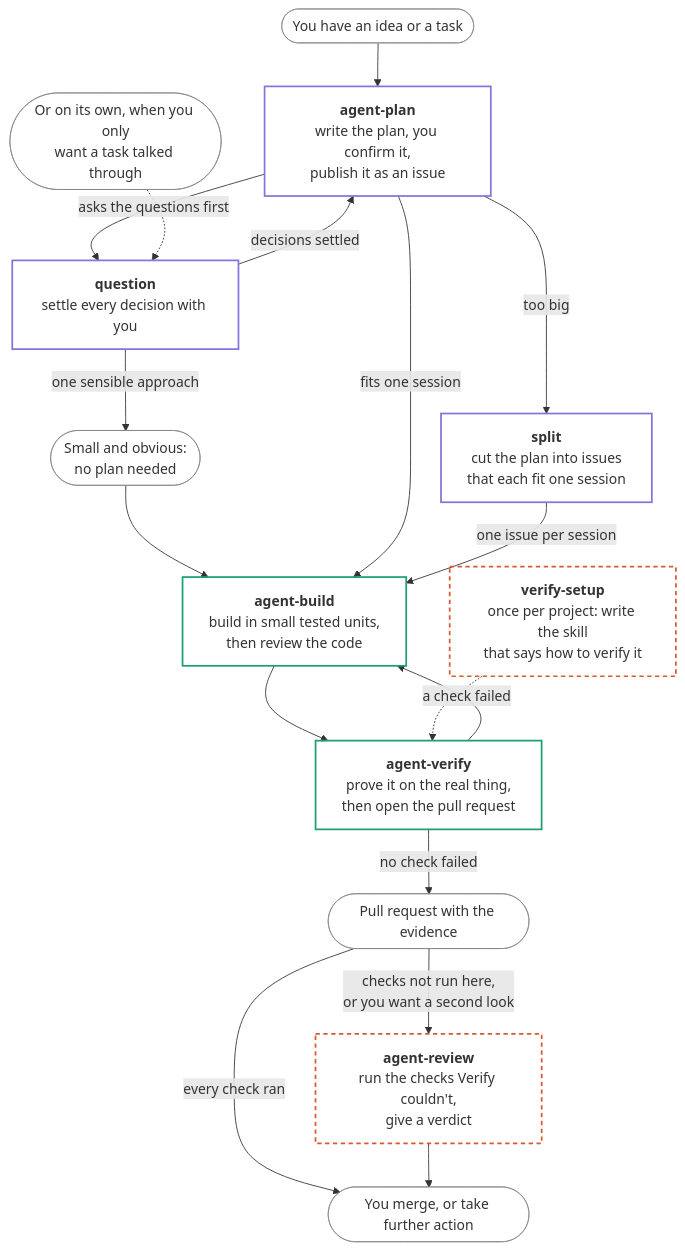
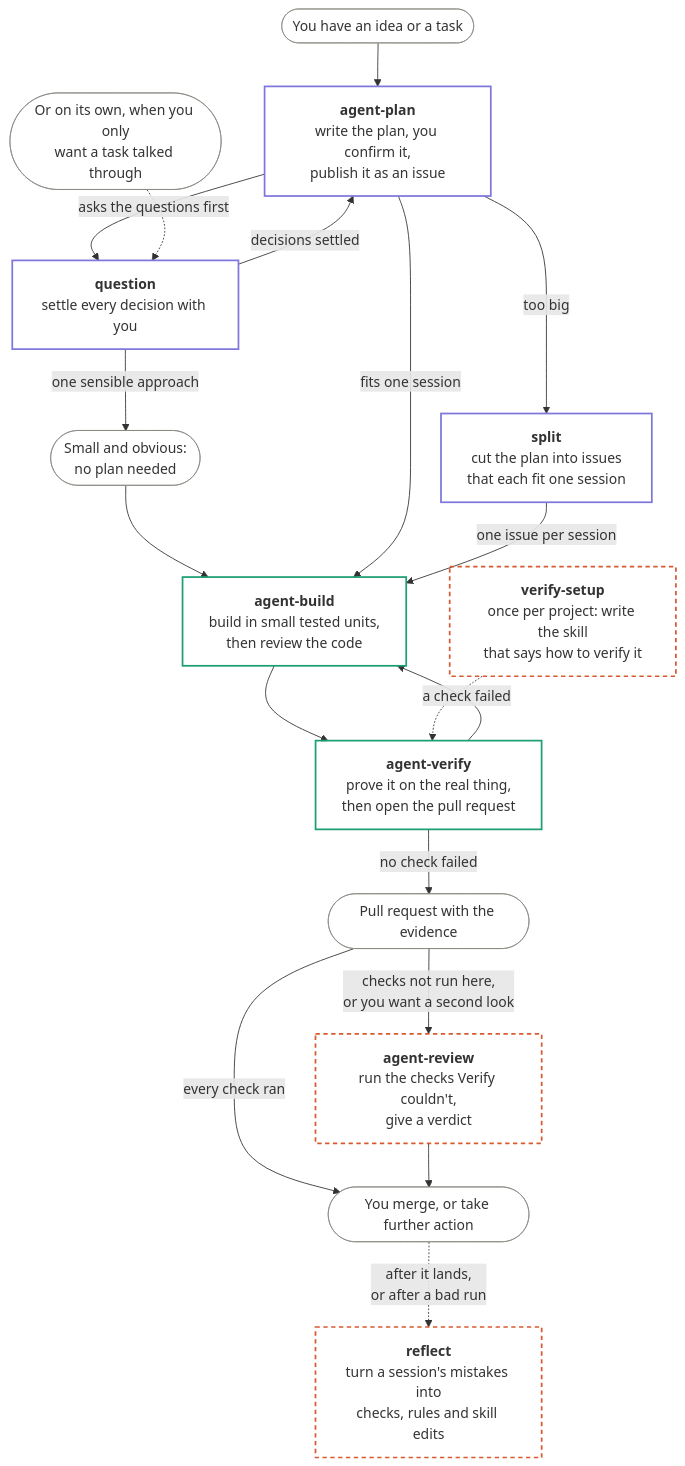
One commit to sirbastio/.dotfiles changed the diagram in .agents/skills/README.md. Above: the diagram before and after it, drawn with Mermaid. The commit also changed other lines of this file and 2 other files, not shown here.

Commit message:
feat: add the reflect skill

````diff
--- a/.agents/skills/README.md
+++ b/.agents/skills/README.md
@@ -11,41 +11,43 @@
 ```mermaid
 flowchart TD
     idea([You have an idea or a task])
     plan["<b>agent-plan</b><br/>write the plan, you confirm it,<br/>publish it as an issue"]
     question["<b>question</b><br/>settle every decision with you"]
     solo([Or on its own, when you only<br/>want a task talked through])
     small([Small and obvious:<br/>no plan needed])
     split["<b>split</b><br/>cut the plan into issues<br/>that each fit one session"]
     build["<b>agent-build</b><br/>build in small tested units,<br/>then review the code"]
     verify["<b>agent-verify</b><br/>prove it on the real thing,<br/>then open the pull request"]
     pr([Pull request with the evidence])
     review["<b>agent-review</b><br/>run the checks Verify couldn't,<br/>give a verdict"]
     merge([You merge, or take further action])
     setup["<b>verify-setup</b><br/>once per project: write the skill<br/>that says how to verify it"]
+    reflect["<b>reflect</b><br/>turn a session's mistakes into<br/>checks, rules and skill edits"]
 
     idea --> plan
     plan -->|asks the questions first| question
     question -->|decisions settled| plan
     question -->|one sensible approach| small
     solo -.-> question
     small --> build
     plan -->|fits one session| build
     plan -->|too big| split
     split -->|one issue per session| build
     build --> verify
     verify -->|a check failed| build
     verify -->|no check failed| pr
     pr -->|every check ran| merge
     pr -->|checks not run here,<br/>or you want a second look| review
     review --> merge
     setup -.-> verify
+    merge -.->|after it lands,<br/>or after a bad run| reflect
 
     classDef you fill:none,stroke:#888780,stroke-width:1px
     classDef withYou fill:none,stroke:#7F77DD,stroke-width:2px
     classDef alone fill:none,stroke:#1D9E75,stroke-width:2px
     classDef sometimes fill:none,stroke:#D85A30,stroke-width:2px,stroke-dasharray:5 4
     class idea,solo,small,pr,merge you
     class plan,question,split withYou
     class build,verify alone
-    class review,setup sometimes
+    class review,setup,reflect sometimes
 ```
````
